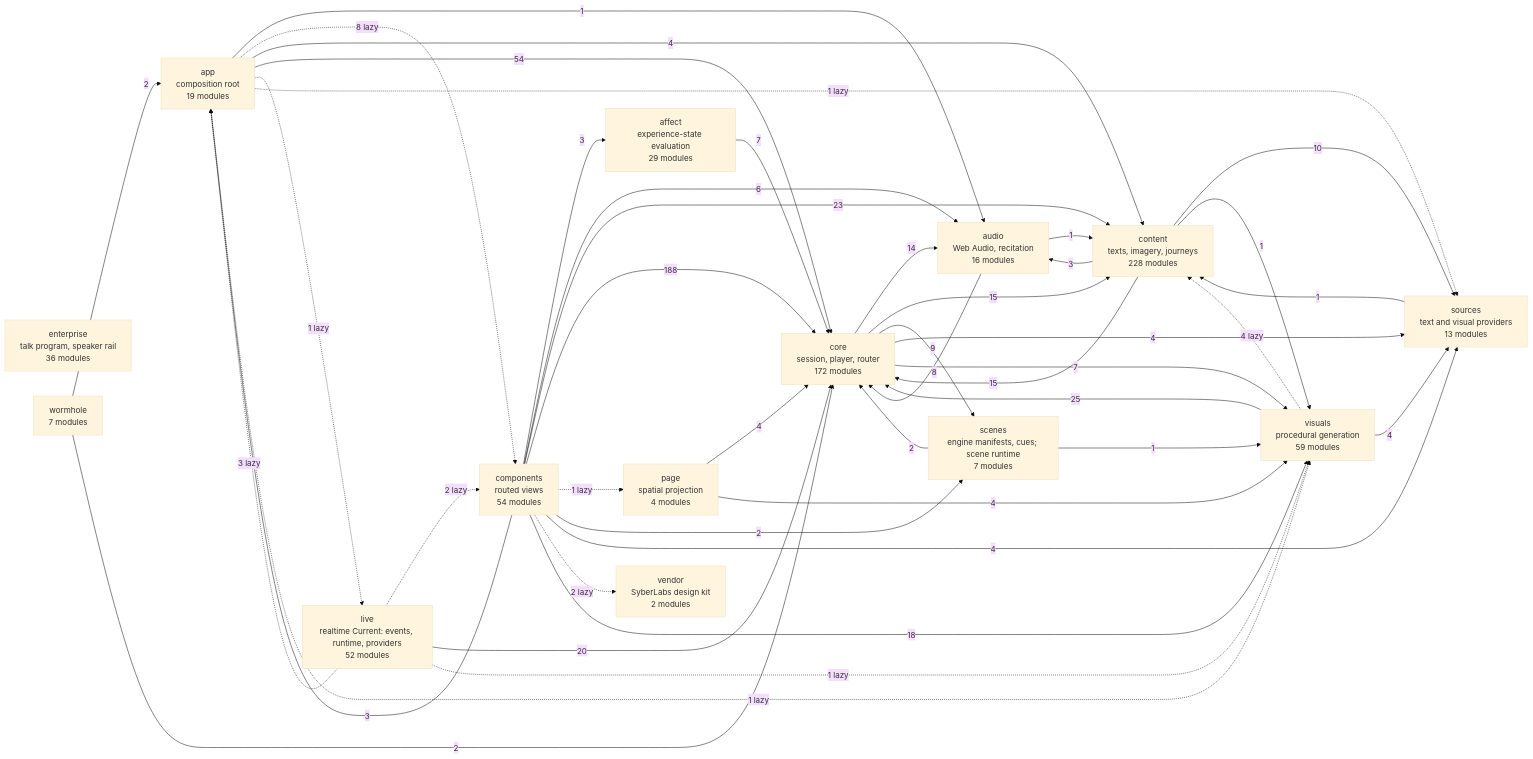
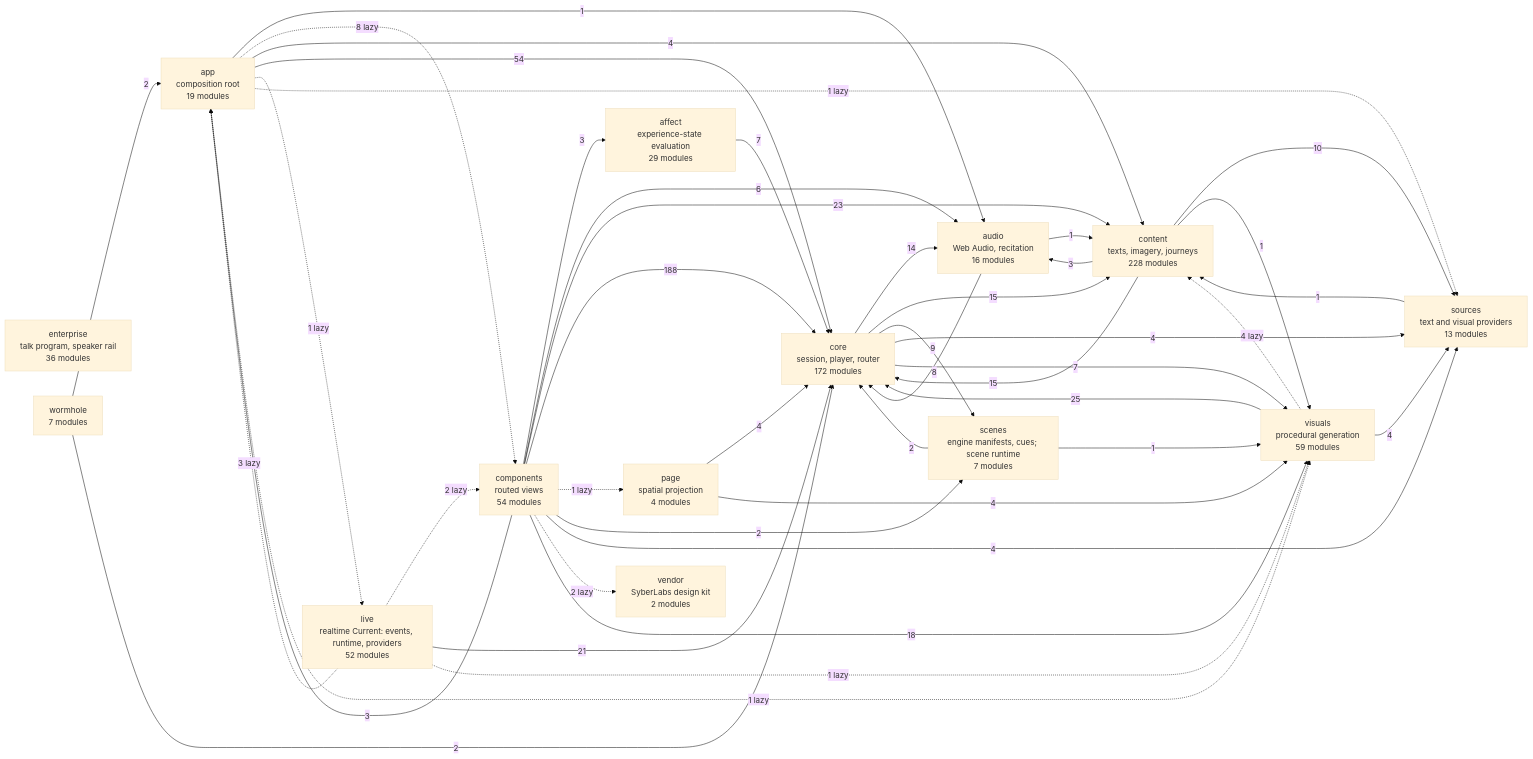
The diagram in docs/specs/ARCHITECTURE.md (SyberLabs/RISE), drawn with Mermaid (base theme) before and after one commit. The commit also changed 14 other files, not shown here.

````diff
--- a/docs/specs/ARCHITECTURE.md
+++ b/docs/specs/ARCHITECTURE.md
@@ -161,61 +161,61 @@
 ```mermaid
 flowchart LR
     affect["affect<br/>experience-state evaluation<br/>29 modules"]
     app["app<br/>composition root<br/>19 modules"]
     audio["audio<br/>Web Audio, recitation<br/>16 modules"]
     components["components<br/>routed views<br/>54 modules"]
     content["content<br/>texts, imagery, journeys<br/>228 modules"]
     core["core<br/>session, player, router<br/>172 modules"]
     enterprise["enterprise<br/>talk program, speaker rail<br/>36 modules"]
     live["live<br/>realtime Current: events, runtime, providers<br/>52 modules"]
     page["page<br/>spatial projection<br/>4 modules"]
     scenes["scenes<br/>engine manifests, cues; scene runtime<br/>7 modules"]
     sources["sources<br/>text and visual providers<br/>13 modules"]
     vendor["vendor<br/>SyberLabs design kit<br/>2 modules"]
     visuals["visuals<br/>procedural generation<br/>59 modules"]
     wormhole["wormhole<br/>7 modules"]
 
     affect --> |7| core
     app --> |1| audio
     app -.-> |8 lazy| components
     app --> |4| content
     app --> |54| core
     app -.-> |1 lazy| live
     app -.-> |1 lazy| sources
     app -.-> |1 lazy| visuals
     audio --> |1| content
     audio --> |8| core
     components --> |3| affect
     components --> |3| app
     components --> |6| audio
     components --> |23| content
     components --> |188| core
     components -.-> |1 lazy| page
     components --> |2| scenes
     components --> |4| sources
     components -.-> |2 lazy| vendor
     components --> |18| visuals
     content --> |3| audio
     content --> |15| core
     content --> |10| sources
     content --> |1| visuals
     core --> |14| audio
     core --> |15| content
     core --> |9| scenes
     core --> |4| sources
     core --> |7| visuals
     live -.-> |3 lazy| app
     live -.-> |2 lazy| components
-    live --> |20| core
+    live --> |21| core
     live -.-> |1 lazy| visuals
     page --> |4| core
     page --> |4| visuals
     scenes --> |2| core
     scenes --> |1| visuals
     sources --> |1| content
     visuals -.-> |4 lazy| content
     visuals --> |25| core
     visuals --> |4| sources
     wormhole --> |2| app
     wormhole --> |2| core
 ```
````
